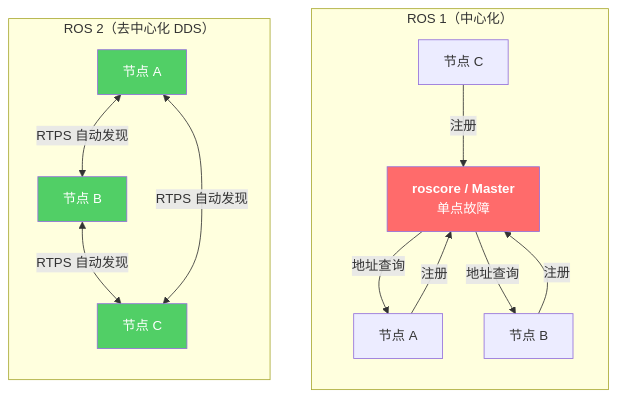
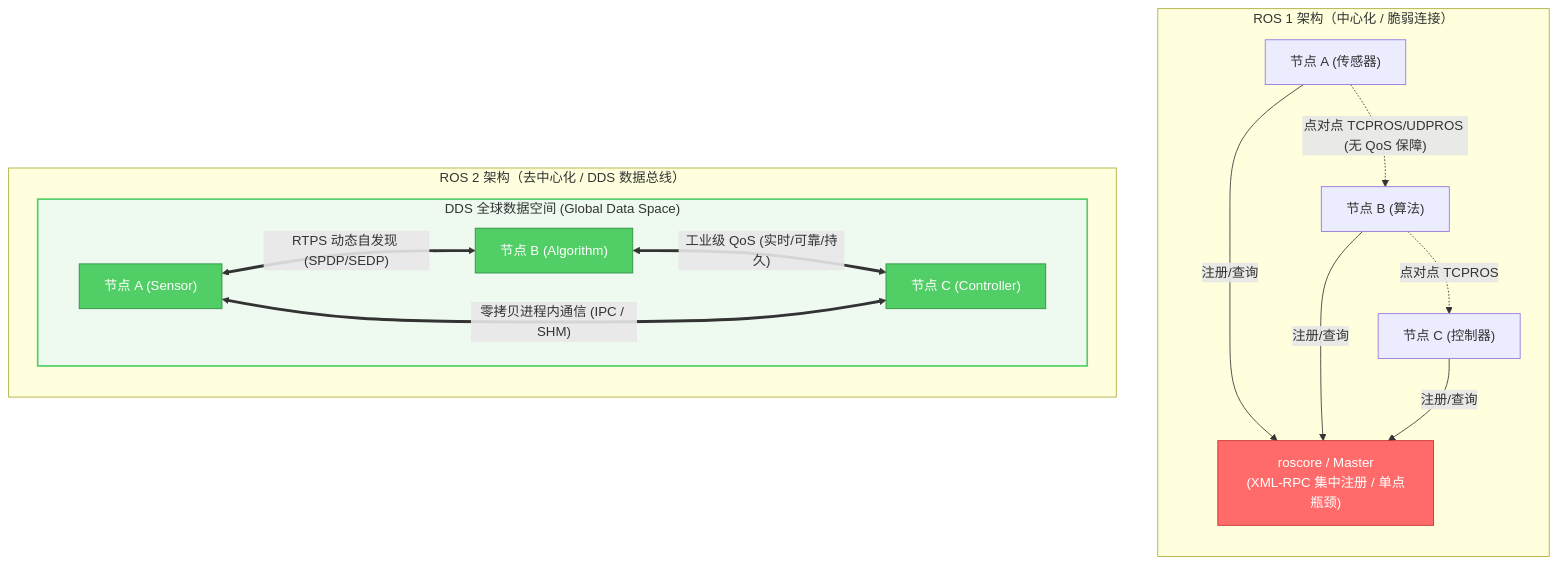
Before and after one commit to TingdeLiu/tingdeliu.github.io: the first of 26 diagrams in _posts/research/2026-03-05-ROS2-Survey.md, drawn with Mermaid. The commit also changed other lines of this file and 1 other file, not shown here.

Commit message:
docs(research): optimize ROS 2 survey post with in-depth architectures, QoS matrices, and ecosystems

````diff
--- a/_posts/research/2026-03-05-ROS2-Survey.md
+++ b/_posts/research/2026-03-05-ROS2-Survey.md
@@ -26,27 +27,29 @@
-<div class="mermaid">
+```mermaid
 flowchart TB
-    subgraph ROS1["ROS 1（中心化）"]
+    subgraph ROS1["ROS 1 架构（中心化 / 脆弱连接）"]
         direction TB
-        Master["`**roscore / Master**
-        单点故障`"]
-        N1A[节点 A] -->|注册| Master
-        N2A[节点 B] -->|注册| Master
-        N3A[节点 C] -->|注册| Master
-        Master -->|地址查询| N1A
-        Master -->|地址查询| N2A
-        style Master fill:#ff6b6b,color:#fff
+        Master["roscore / Master<br/>(XML-RPC 集中注册 / 单点瓶颈)"]
+        N1["节点 A (传感器)"] -->|注册/查询| Master
+        N2["节点 B (算法)"] -->|注册/查询| Master
+        N3["节点 C (控制器)"] -->|注册/查询| Master
+        N1 -.->|"点对点 TCPROS/UDPROS (无 QoS 保障)"| N2
+        N2 -.->|"点对点 TCPROS"| N3
+        style Master fill:#ff6b6b,stroke:#c92a2a,color:#fff
     end
 
-    subgraph ROS2["ROS 2（去中心化 DDS）"]
+    subgraph ROS2["ROS 2 架构（去中心化 / DDS 数据总线）"]
         direction TB
-        N1B[节点 A]
-        N2B[节点 B]
-        N3B[节点 C]
-        N1B <-->|"RTPS 自动发现"| N2B
-        N2B <-->|"RTPS 自动发现"| N3B
-        N1B <-->|"RTPS 自动发现"| N3B
-        style N1B fill:#51cf66,color:#fff
-        style N2B fill:#51cf66,color:#fff
-        style N3B fill:#51cf66,color:#fff
+        subgraph Bus["DDS 全球数据空间 (Global Data Space)"]
+            P1["节点 A (Sensor)"]
+            P2["节点 B (Algorithm)"]
+            P3["节点 C (Controller)"]
+            P1 <==>|"RTPS 动态自发现 (SPDP/SEDP)"| P2
+            P2 <==>|"工业级 QoS (实时/可靠/持久)"| P3
+            P1 <==>|"零拷贝进程内通信 (IPC / SHM)"| P3
+        end
+        style Bus fill:#eefaf0,stroke:#51cf66,stroke-width:2px
+        style P1 fill:#51cf66,stroke:#2b8a3e,color:#fff
+        style P2 fill:#51cf66,stroke:#2b8a3e,color:#fff
+        style P3 fill:#51cf66,stroke:#2b8a3e,color:#fff
     end
-</div>
+```
````
